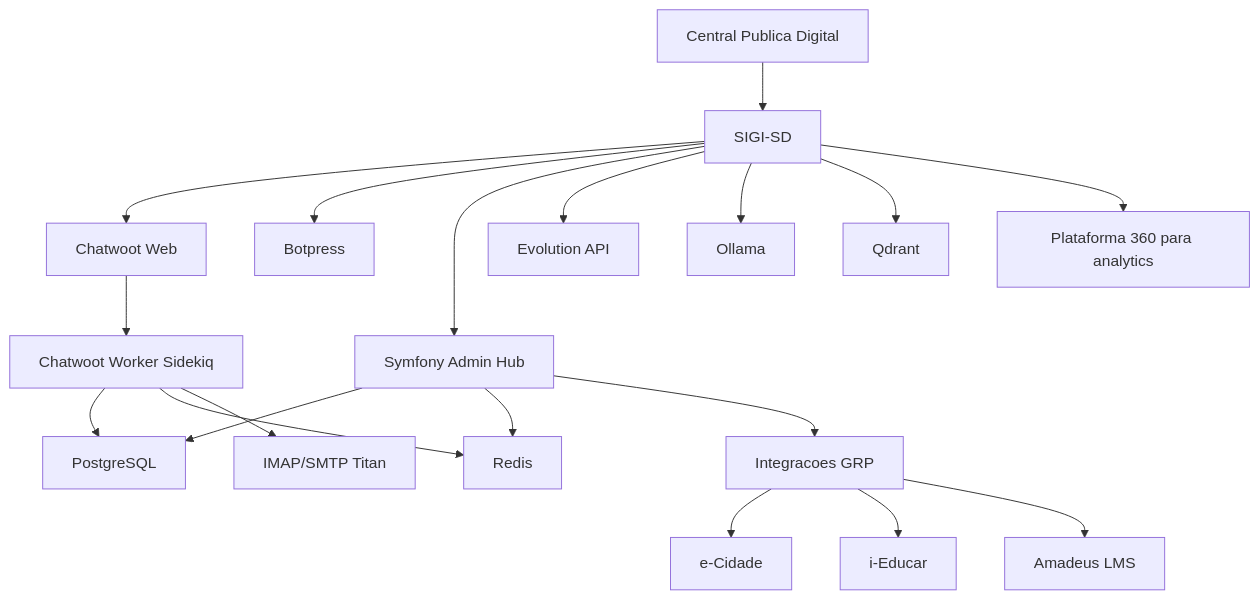
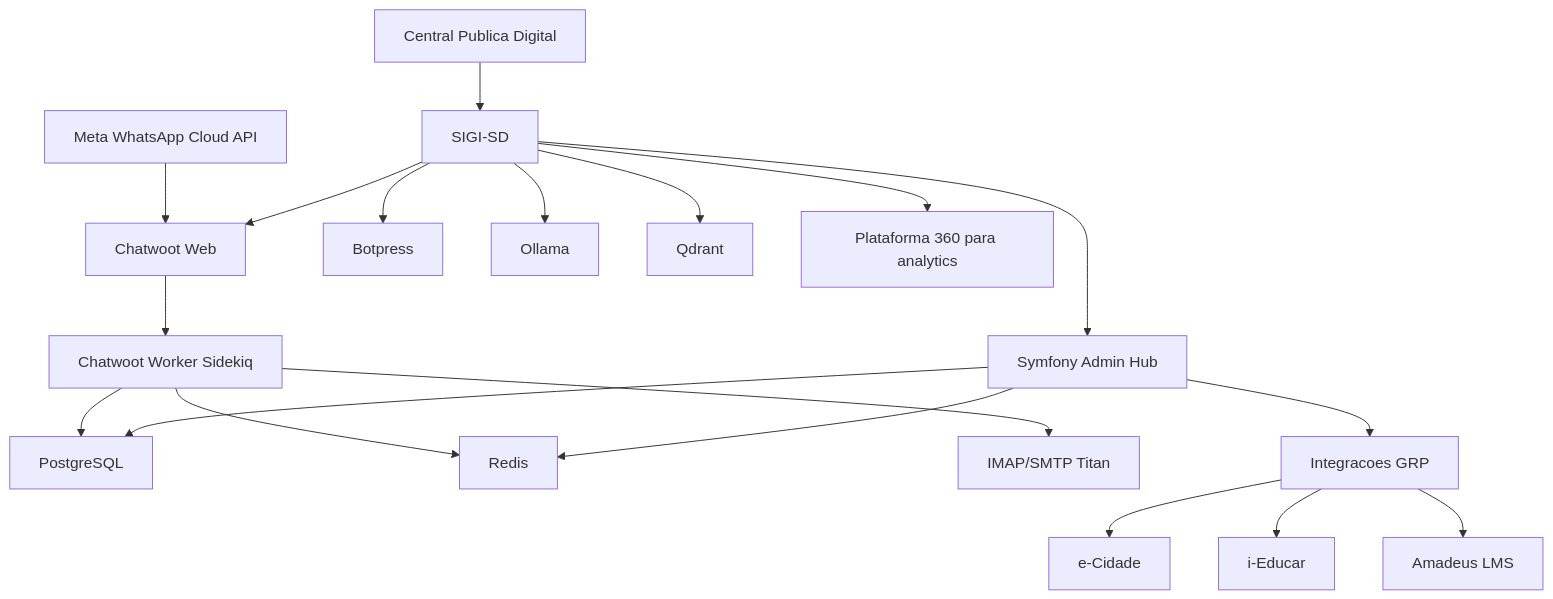
The diagram in docs/arquitetura/visao-geral.md (sertaodigitalorg/SIGI-SD), drawn with Mermaid before and after one commit. The commit also changed other lines of this file and 9 other files, not shown here.

Commit message:
feat: Remove Evolution API references and update documentation for WhatsApp integration via Meta Cloud API

````diff
--- a/docs/arquitetura/visao-geral.md
+++ b/docs/arquitetura/visao-geral.md
@@ -37,21 +37,21 @@
 ```mermaid
 flowchart TD
     CPD[Central Publica Digital] --> SIGI[SIGI-SD]
     SIGI --> CHAT[Chatwoot Web]
     CHAT --> CHATWORKER[Chatwoot Worker Sidekiq]
     SIGI --> BOT[Botpress]
     SIGI --> API[Symfony Admin Hub]
-    SIGI --> EVO[Evolution API]
+    META[Meta WhatsApp Cloud API] --> CHAT
     SIGI --> OLLAMA[Ollama]
     SIGI --> QDRANT[Qdrant]
     API --> PG[PostgreSQL]
     API --> REDIS[Redis]
     CHATWORKER --> PG
     CHATWORKER --> REDIS
     CHATWORKER --> IMAP[IMAP/SMTP Titan]
     API --> GRP[Integracoes GRP]
     GRP --> ECIDADE[e-Cidade]
     GRP --> IEDUCAR[i-Educar]
     GRP --> AMADEUS[Amadeus LMS]
     SIGI --> P360[Plataforma 360 para analytics]
 ```
````
